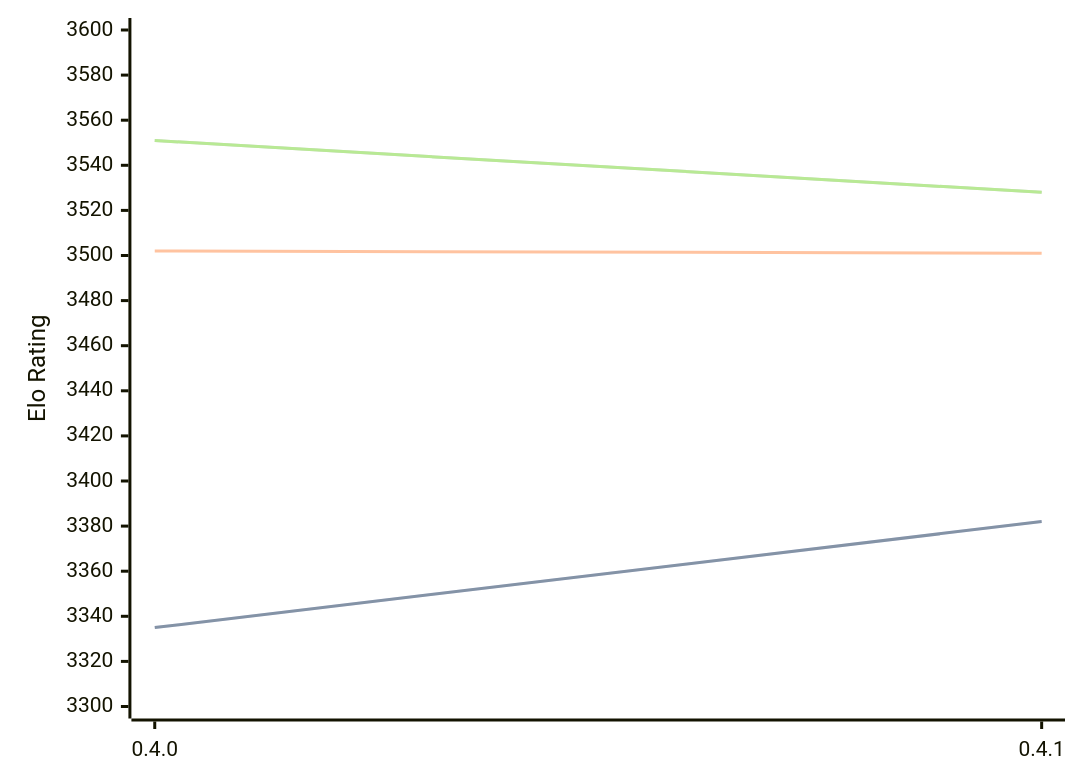
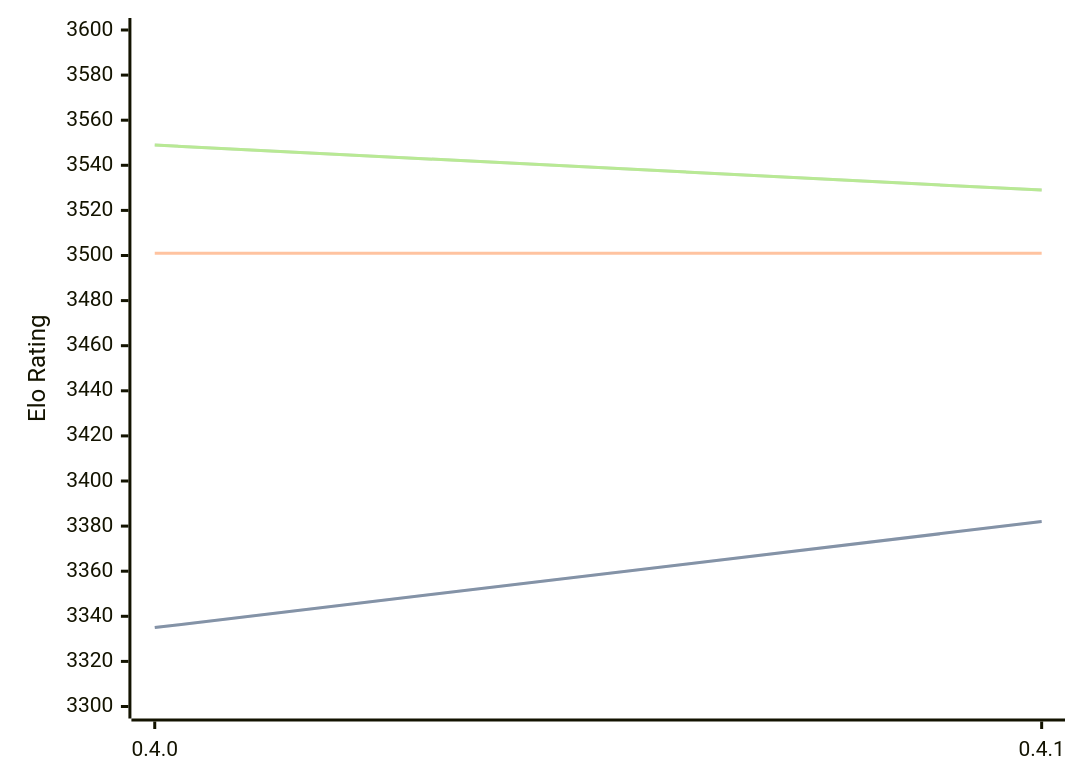
The diagram in engines/Cinder.md (computer-chess-index/cci), drawn with Mermaid before and after one commit. The commit also changed other lines of this file, not shown here.

Commit message:
Update CCI Ratings (ELO VLTC) - 2026-03-23

````diff
--- a/engines/Cinder.md
+++ b/engines/Cinder.md
@@ -40,11 +40,11 @@
 ```mermaid
 %%{init: {"theme":"base","themeVariables":{"seriesColors:['#a3a3a3','#222221','#faa371']}}}%%
 xychart-beta
   x-axis ["0.4.0", "0.4.1"]
   y-axis "Elo Rating" 3300 --> 3600
   line "STC (8.0+0.08s)" [3335, 3382]
   line "STC (8.0+0.08s)" [3335, 3382]
-  line "LTC (60.0+0.60s)" [3502, 3501]
-  line "VLTC (2m24s+1.12s)" [3551, 3528]
-  line "VLTC (2m24s+1.12s)" [3551, 3528]
+  line "LTC (60.0+0.60s)" [3501, 3501]
+  line "VLTC (2m24s+1.12s)" [3549, 3529]
+  line "VLTC (2m24s+1.12s)" [3549, 3529]
 ```
````
